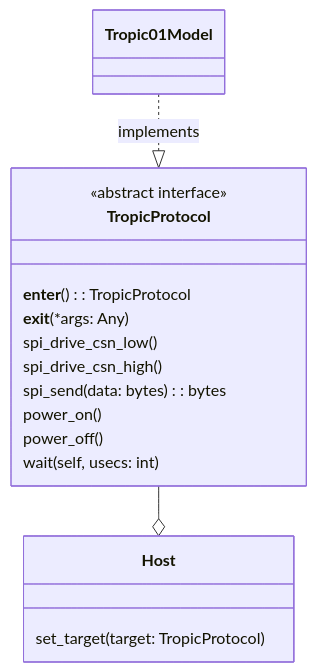
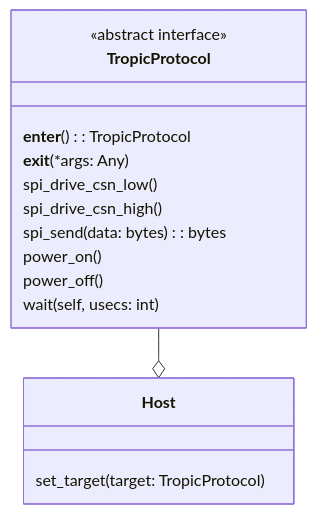
The diagram in tvl/targets/README.md (tropicsquare/ts-tvl), drawn with Mermaid before and after one commit. The commit also changed other lines of this file and 9 other files, not shown here.

````diff
--- a/tvl/targets/README.md
+++ b/tvl/targets/README.md
@@ -13,19 +15,18 @@
 ```mermaid
 classDiagram
     class TropicProtocol{
         <<abstract interface>>
         __enter__(): TropicProtocol
         __exit__(*args: Any)
         spi_drive_csn_low()
         spi_drive_csn_high()
         spi_send(data: bytes): bytes
         power_on()
         power_off()
         wait(self, usecs: int)
     }
     class Host{
         set_target(target: TropicProtocol)
     }
-    Tropic01Model ..|> TropicProtocol : implements
     TropicProtocol --o Host
 ```
````
